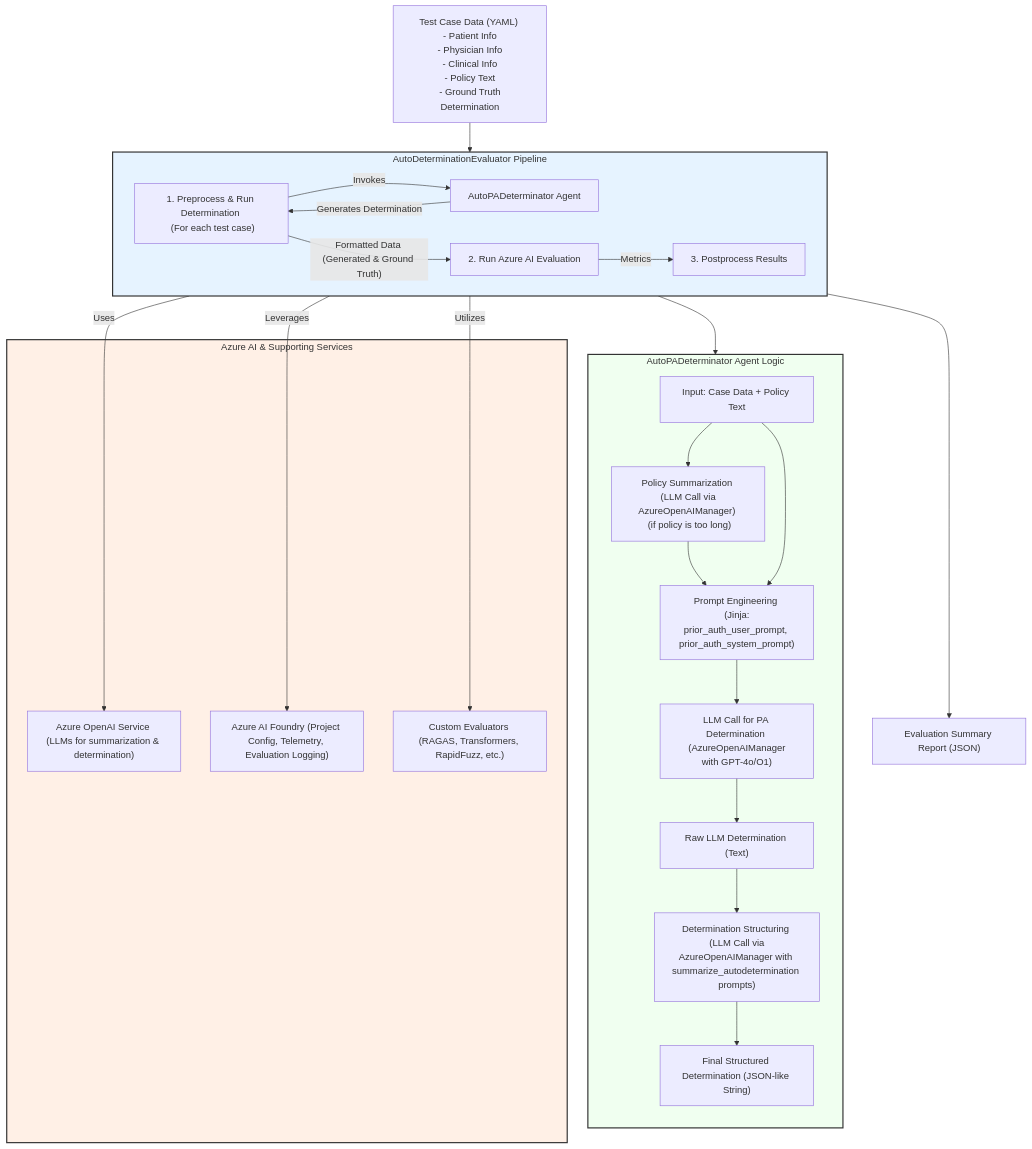
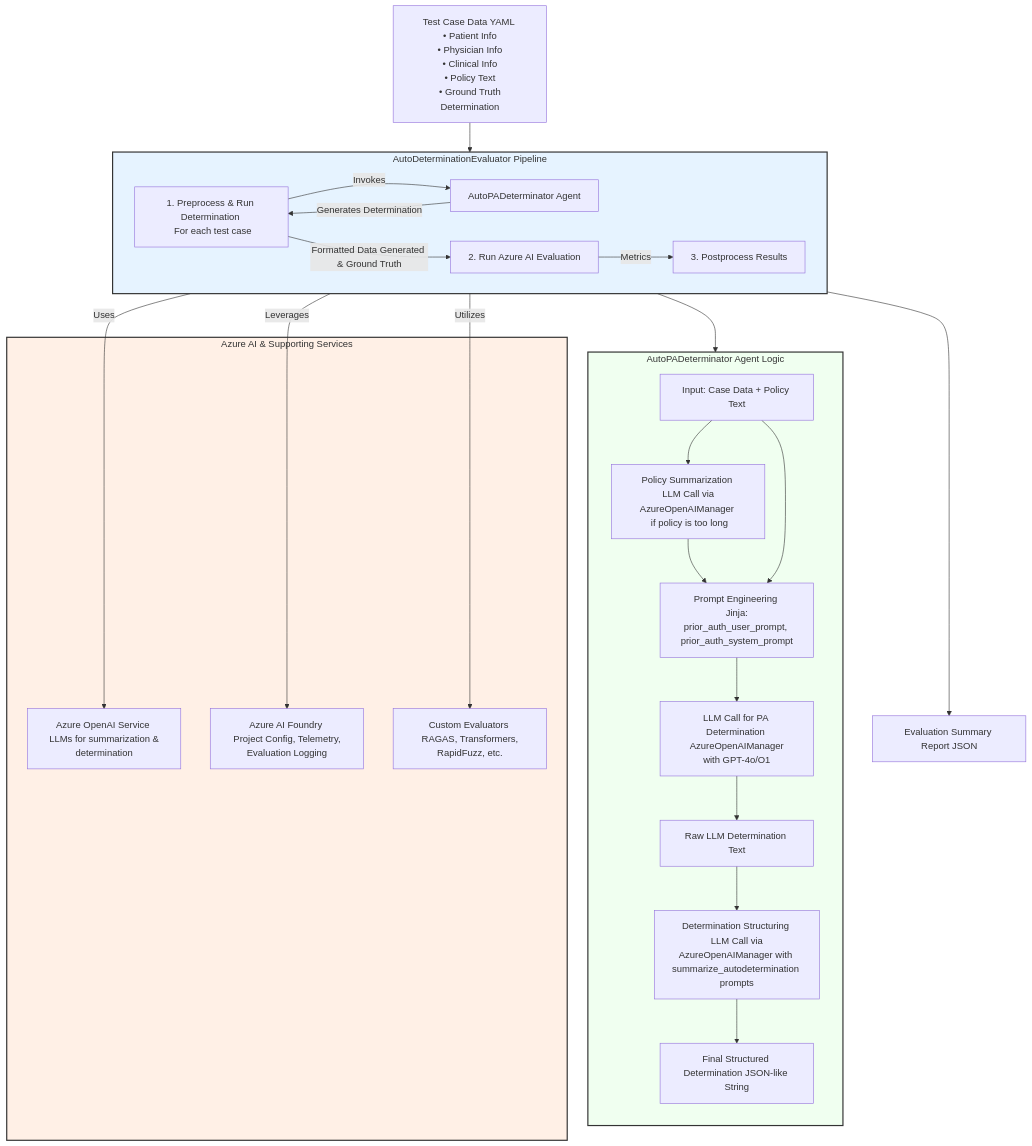
The diagram in agents/healthcare/med_auth.md (CGSOG-JumpStarts/ai-agents-repo), drawn with Mermaid before and after one commit.

````diff
--- a/agents/healthcare/med_auth.md
+++ b/agents/healthcare/med_auth.md
@@ -79,42 +79,42 @@
 ```mermaid
 graph TD
-    A["Test Case Data (YAML) \n - Patient Info \n - Physician Info \n - Clinical Info \n - Policy Text \n - Ground Truth Determination"] --> B{AutoDeterminationEvaluator};
-
+    A["Test Case Data YAML \n • Patient Info \n • Physician Info \n • Clinical Info \n • Policy Text \n • Ground Truth Determination"] --> B{AutoDeterminationEvaluator};
+    
     subgraph B["AutoDeterminationEvaluator Pipeline"]
         direction LR
-        B1_PreProcess["1. Preprocess & Run Determination \n (For each test case)"] -- Invokes --> B2_AutoPAD["AutoPADeterminator Agent"];
+        B1_PreProcess["1. Preprocess & Run Determination \n For each test case"] -- Invokes --> B2_AutoPAD["AutoPADeterminator Agent"];
         B2_AutoPAD -- Generates Determination --> B1_PreProcess;
-        B1_PreProcess -- Formatted Data (Generated & Ground Truth) --> B3_RunEval["2. Run Azure AI Evaluation"];
+        B1_PreProcess -- Formatted Data Generated & Ground Truth --> B3_RunEval["2. Run Azure AI Evaluation"];
         B3_RunEval -- Metrics --> B4_PostProcess["3. Postprocess Results"];
     end
     
     subgraph B2_AutoPAD_Internals["AutoPADeterminator Agent Logic"]
         direction TB
-        B2_1_Input["Input: Case Data + Policy Text"] --> B2_2_PolicySum["Policy Summarization \n (LLM Call via AzureOpenAIManager) \n (if policy is too long)"];
-        B2_2_PolicySum --> B2_3_PromptEng["Prompt Engineering \n (Jinja: prior_auth_user_prompt, prior_auth_system_prompt)"];
+        B2_1_Input["Input: Case Data + Policy Text"] --> B2_2_PolicySum["Policy Summarization \n LLM Call via AzureOpenAIManager \n if policy is too long"];
+        B2_2_PolicySum --> B2_3_PromptEng["Prompt Engineering \n Jinja: prior_auth_user_prompt, prior_auth_system_prompt"];
         B2_1_Input --> B2_3_PromptEng;
-        B2_3_PromptEng --> B2_4_LLMCall["LLM Call for PA Determination \n (AzureOpenAIManager with GPT-4o/O1)"];
-        B2_4_LLMCall --> B2_5_RawOutput["Raw LLM Determination (Text)"];
-        B2_5_RawOutput --> B2_6_OutputStructuring["Determination Structuring \n (LLM Call via AzureOpenAIManager with summarize_autodetermination prompts)"]
-        B2_6_OutputStructuring --> B2_7_FinalDetermination["Final Structured Determination (JSON-like String)"]
+        B2_3_PromptEng --> B2_4_LLMCall["LLM Call for PA Determination \n AzureOpenAIManager with GPT-4o/O1"];
+        B2_4_LLMCall --> B2_5_RawOutput["Raw LLM Determination Text"];
+        B2_5_RawOutput --> B2_6_OutputStructuring["Determination Structuring \n LLM Call via AzureOpenAIManager with summarize_autodetermination prompts"]
+        B2_6_OutputStructuring --> B2_7_FinalDetermination["Final Structured Determination JSON-like String"]
     end
-
+    
     B2_AutoPAD --> B2_AutoPAD_Internals;
-
+    
     subgraph AzureAIServicesStack["Azure AI & Supporting Services"]
-        AOAI["Azure OpenAI Service (LLMs for summarization & determination)"];
-        AIFoundry["Azure AI Foundry (Project Config, Telemetry, Evaluation Logging)"];
-        CustomEvals["Custom Evaluators (RAGAS, Transformers, RapidFuzz, etc.)"];
+        AOAI["Azure OpenAI Service \n LLMs for summarization & determination"];
+        AIFoundry["Azure AI Foundry \n Project Config, Telemetry, Evaluation Logging"];
+        CustomEvals["Custom Evaluators \n RAGAS, Transformers, RapidFuzz, etc."];
     end
-
+    
     B2_AutoPAD -- Uses --> AOAI;
     B3_RunEval -- Leverages --> AIFoundry;
     B3_RunEval -- Utilizes --> CustomEvals;
     
-    B4_PostProcess --> C["Evaluation Summary Report (JSON)"];
-
+    B4_PostProcess --> C["Evaluation Summary Report JSON"];
+    
     %% Styling
     style B fill:#e6f3ff,stroke:#333,stroke-width:2px;
     style B2_AutoPAD_Internals fill:#f0fff0,stroke:#333,stroke-width:2px;
     style AzureAIServicesStack fill:#fff0e6,stroke:#333,stroke-width:2px;
 ```
````
